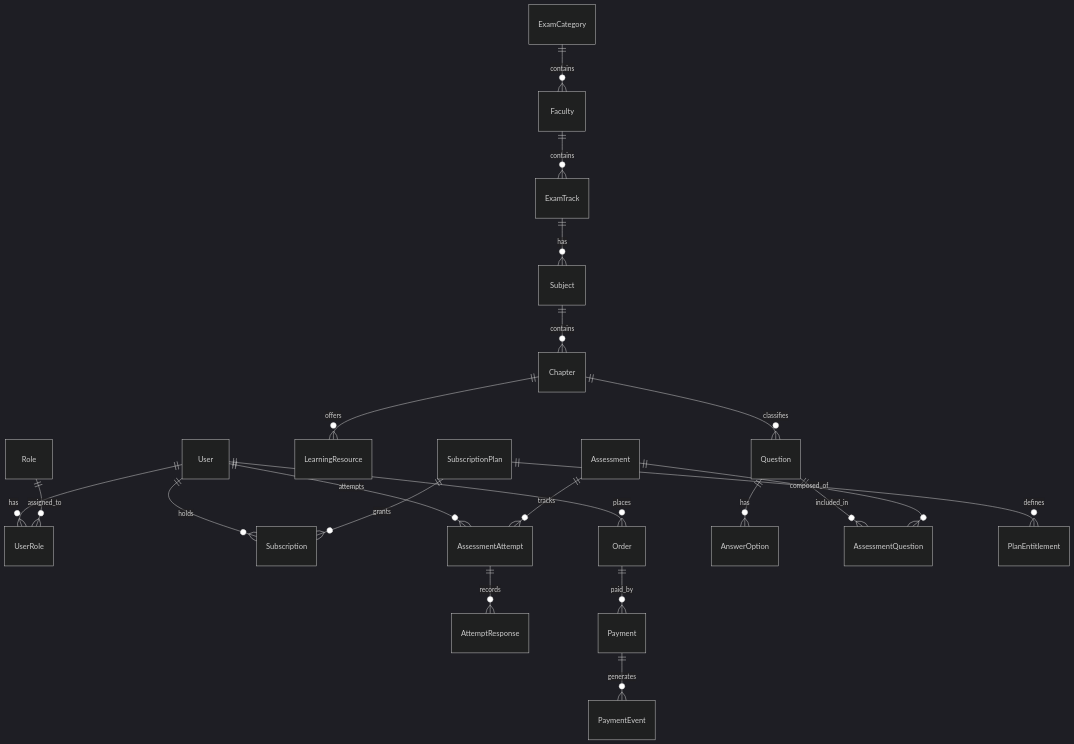
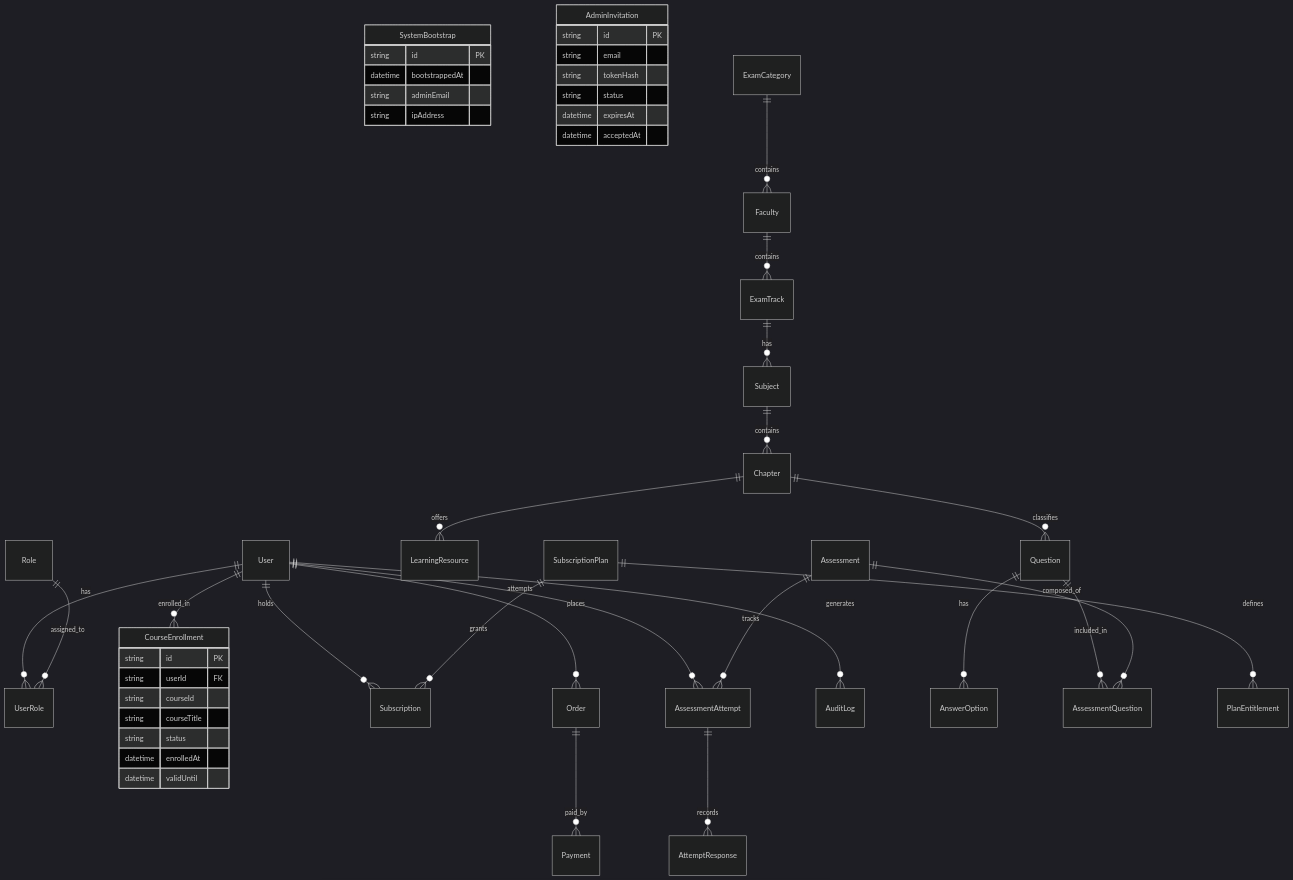
Before and after one commit to GovindYadav15/GyanDwar: the diagram in docs/DATABASE_SCHEMA.md, drawn with Mermaid (dark theme). The commit also changed other lines of this file and 31 other files, not shown here.

````diff
--- a/docs/DATABASE_SCHEMA.md
+++ b/docs/DATABASE_SCHEMA.md
@@ -7,26 +7,53 @@
 ```mermaid
 erDiagram
     User ||--o{ UserRole : has
     Role ||--o{ UserRole : assigned_to
+    User ||--o{ CourseEnrollment : enrolled_in
     User ||--o{ Subscription : holds
     User ||--o{ Order : places
     User ||--o{ AssessmentAttempt : attempts
+    User ||--o{ AuditLog : generates
+
+    SystemBootstrap {
+      string id PK
+      datetime bootstrappedAt
+      string adminEmail
+      string ipAddress
+    }
+
+    AdminInvitation {
+      string id PK
+      string email
+      string tokenHash
+      string status
+      datetime expiresAt
+      datetime acceptedAt
+    }
+
+    CourseEnrollment {
+      string id PK
+      string userId FK
+      string courseId
+      string courseTitle
+      string status
+      datetime enrolledAt
+      datetime validUntil
+    }
 
     ExamCategory ||--o{ Faculty : contains
     Faculty ||--o{ ExamTrack : contains
     ExamTrack ||--o{ Subject : has
     Subject ||--o{ Chapter : contains
     Chapter ||--o{ LearningResource : offers
     Chapter ||--o{ Question : classifies
 
     Question ||--o{ AnswerOption : has
     Question ||--o{ AssessmentQuestion : included_in
     Assessment ||--o{ AssessmentQuestion : composed_of
     Assessment ||--o{ AssessmentAttempt : tracks
     AssessmentAttempt ||--o{ AttemptResponse : records
 
     SubscriptionPlan ||--o{ Subscription : grants
     SubscriptionPlan ||--o{ PlanEntitlement : defines
     Order ||--o{ Payment : paid_by
-    Payment ||--o{ PaymentEvent : generates
 ```
````
